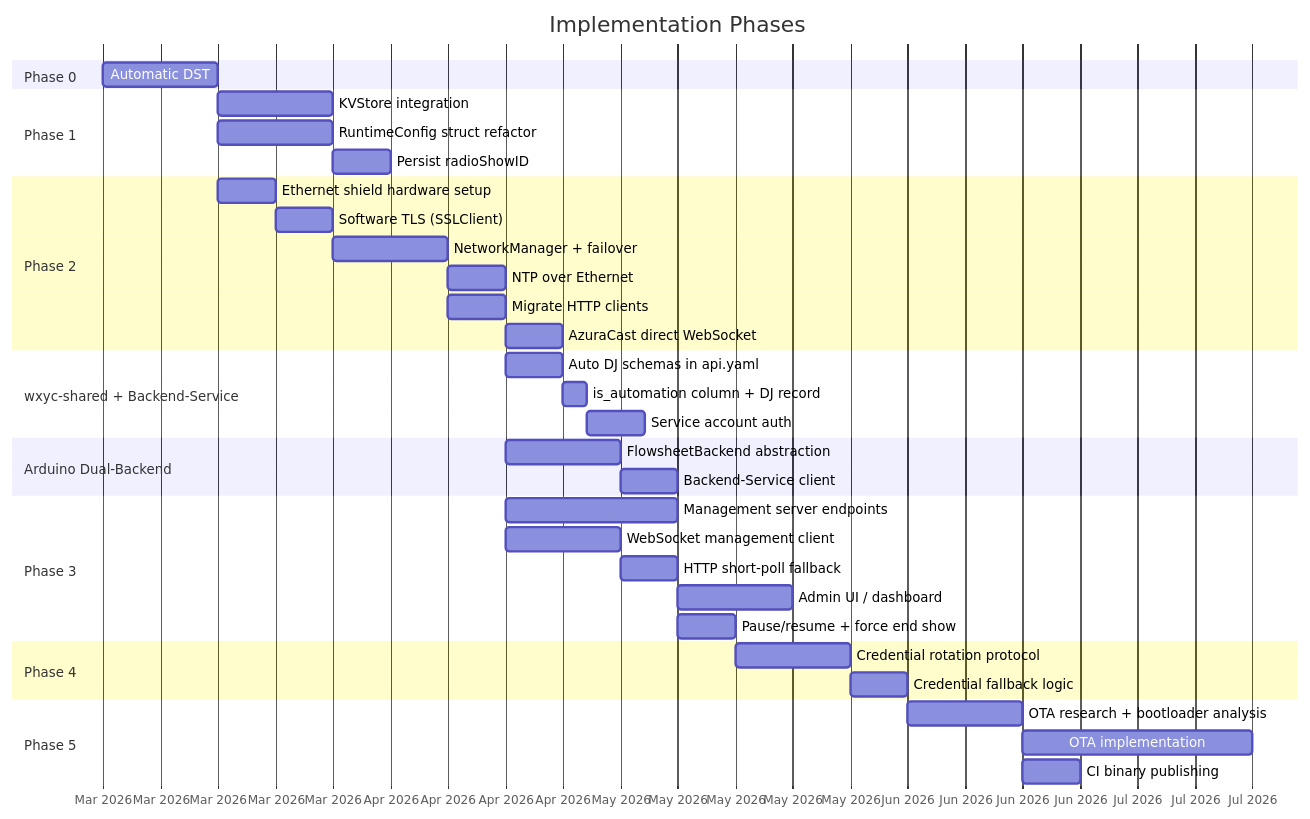
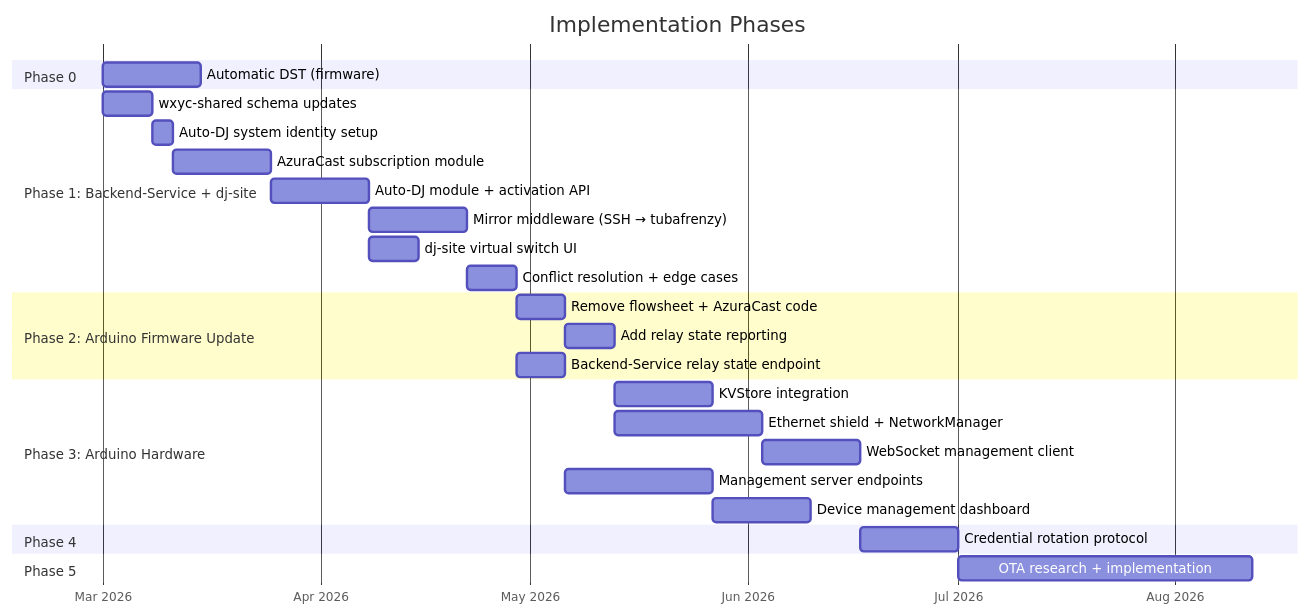
Before and after one commit to WXYC/auto-dj-arduino-switch: diagram 14 of 15 in docs/networking-spec.md, drawn with Mermaid. The commit also changed other lines of this file, not shown here.

First line of the commit message:
Revise networking-spec.md to reflect architecture pivot

````diff
--- a/docs/networking-spec.md
+++ b/docs/networking-spec.md
@@ -2197,47 +2054,36 @@
 ```mermaid
 gantt
     title Implementation Phases
     dateFormat YYYY-MM-DD
     axisFormat %b %Y
 
     section Phase 0
-    Automatic DST                          :p0, 2026-03-01, 14d
+    Automatic DST (firmware)               :p0, 2026-03-01, 14d
 
-    section Phase 1
-    KVStore integration                    :p1a, after p0, 14d
-    RuntimeConfig struct refactor          :p1b, after p0, 14d
-    Persist radioShowID                    :p1c, after p1a, 7d
+    section Phase 1: Backend-Service + dj-site
+    wxyc-shared schema updates             :p1a, 2026-03-01, 7d
+    Auto-DJ system identity setup          :p1b, after p1a, 3d
+    AzuraCast subscription module          :p1c, after p1b, 14d
+    Auto-DJ module + activation API        :p1d, after p1c, 14d
+    Mirror middleware (SSH → tubafrenzy)   :p1e, after p1d, 14d
+    dj-site virtual switch UI              :p1f, after p1d, 7d
+    Conflict resolution + edge cases       :p1g, after p1e, 7d
 
-    section Phase 2
-    Ethernet shield hardware setup         :p2a, after p0, 7d
-    Software TLS (SSLClient)               :p2b, after p2a, 7d
-    NetworkManager + failover              :p2c, after p2b, 14d
-    NTP over Ethernet                      :p2d, after p2c, 7d
-    Migrate HTTP clients                   :p2e, after p2c, 7d
-    AzuraCast direct WebSocket             :p2f, after p2e, 7d
+    section Phase 2: Arduino Firmware Update
+    Remove flowsheet + AzuraCast code      :p2a, after p1g, 7d
+    Add relay state reporting              :p2b, after p2a, 7d
+    Backend-Service relay state endpoint   :p2c, after p1g, 7d
 
-    section wxyc-shared + Backend-Service
-    Auto DJ schemas in api.yaml            :ws1, after p2e, 7d
-    is_automation column + DJ record       :bs1, after ws1, 3d
-    Service account auth                   :bs2, after bs1, 7d
-
-    section Arduino Dual-Backend
-    FlowsheetBackend abstraction           :db1, after p2e, 14d
-    Backend-Service client                 :db2, after db1, 7d
-
-    section Phase 3
-    Management server endpoints            :p3a, after p2e, 21d
-    WebSocket management client            :p3b, after p2e, 14d
-    HTTP short-poll fallback               :p3c, after p3b, 7d
-    Admin UI / dashboard                   :p3d, after p3a, 14d
-    Pause/resume + force end show          :p3e, after p3c, 7d
+    section Phase 3: Arduino Hardware
+    KVStore integration                    :p3a, after p2b, 14d
+    Ethernet shield + NetworkManager       :p3b, after p2b, 21d
+    WebSocket management client            :p3c, after p3b, 14d
+    Management server endpoints            :p3d, after p2c, 21d
+    Device management dashboard            :p3e, after p3d, 14d
 
     section Phase 4
-    Credential rotation protocol           :p4a, after p3e, 14d
-    Credential fallback logic              :p4b, after p4a, 7d
+    Credential rotation protocol           :p4a, after p3c, 14d
 
     section Phase 5
-    OTA research + bootloader analysis     :p5a, after p4b, 14d
-    OTA implementation                     :p5b, after p5a, 28d
-    CI binary publishing                   :p5c, after p5a, 7d
+    OTA research + implementation          :p5a, after p4a, 42d
 ```
````
